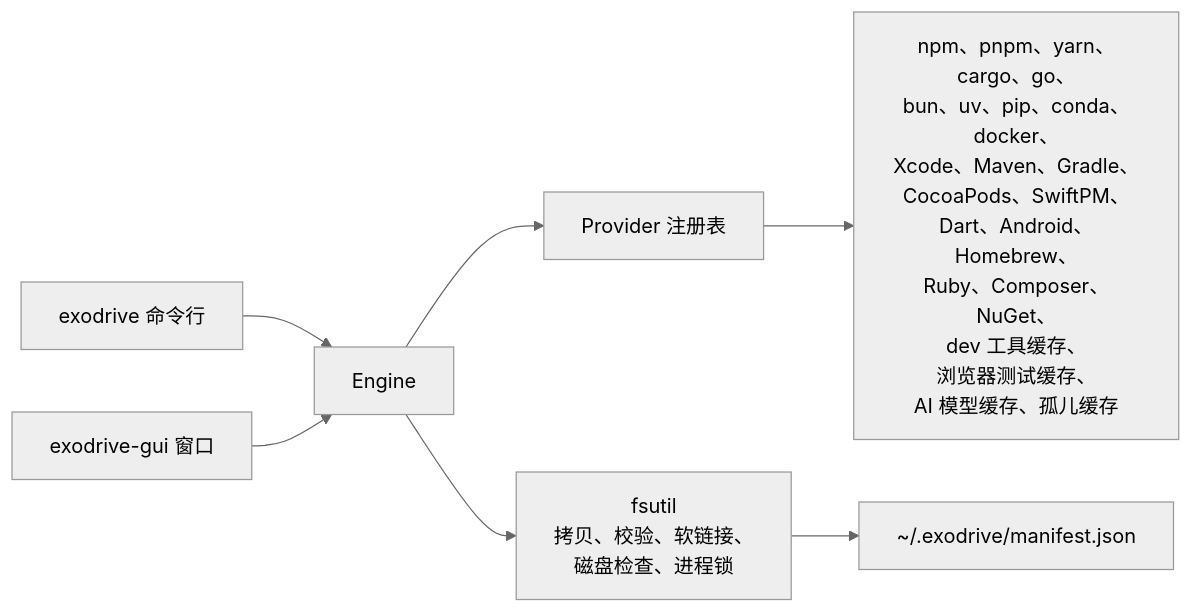
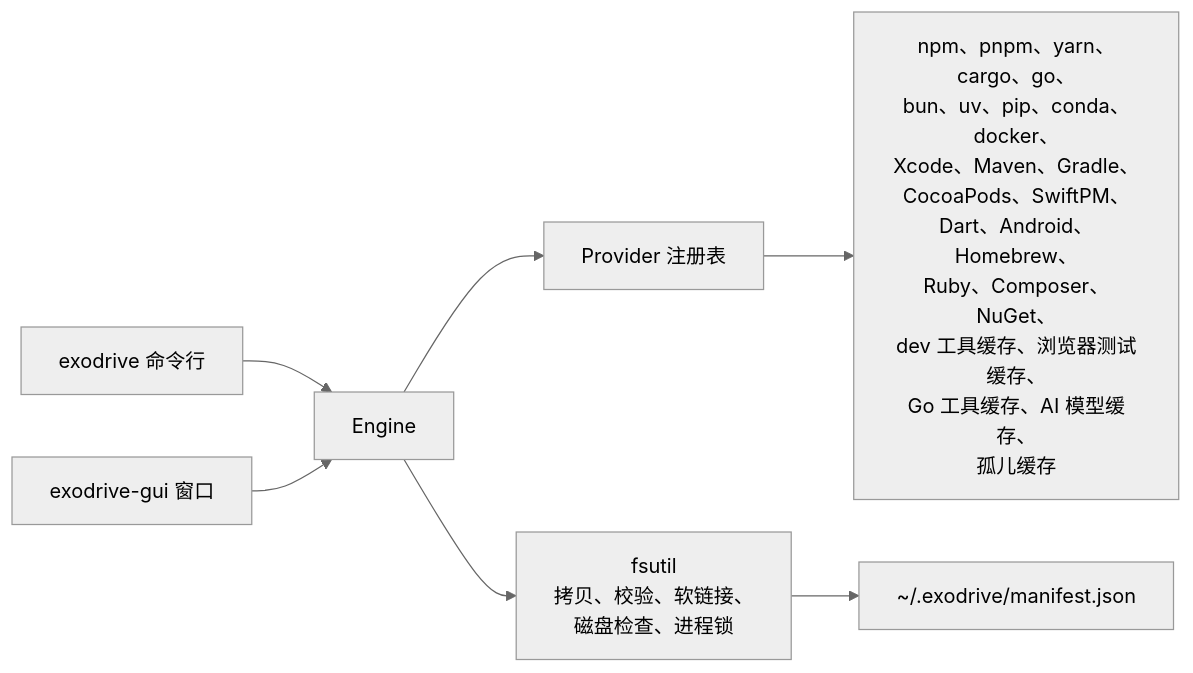
Before and after one commit to Jungley8/exodrive: the diagram in README.zh.md, drawn with Mermaid (neutral theme). The commit also changed other lines of this file and 11 other files, not shown here.

````diff
--- a/README.zh.md
+++ b/README.zh.md
@@ -34,9 +34,9 @@
 ```mermaid
 flowchart LR
     CLI["exodrive 命令行"] --> Engine
     GUI["exodrive-gui 窗口"] --> Engine
     Engine --> Registry["Provider 注册表"]
-    Registry --> P["npm、pnpm、yarn、cargo、go、<br/>bun、uv、pip、conda、docker、<br/>Xcode、Maven、Gradle、<br/>CocoaPods、SwiftPM、<br/>Dart、Android、Homebrew、<br/>Ruby、Composer、NuGet、<br/>dev 工具缓存、<br/>浏览器测试缓存、<br/>AI 模型缓存、孤儿缓存"]
+    Registry --> P["npm、pnpm、yarn、cargo、go、<br/>bun、uv、pip、conda、docker、<br/>Xcode、Maven、Gradle、<br/>CocoaPods、SwiftPM、<br/>Dart、Android、Homebrew、<br/>Ruby、Composer、NuGet、<br/>dev 工具缓存、浏览器测试缓存、<br/>Go 工具缓存、AI 模型缓存、<br/>孤儿缓存"]
     Engine --> FS["fsutil<br/>拷贝、校验、软链接、<br/>磁盘检查、进程锁"]
     FS --> Ledger["~/.exodrive/manifest.json"]
 ```
````
